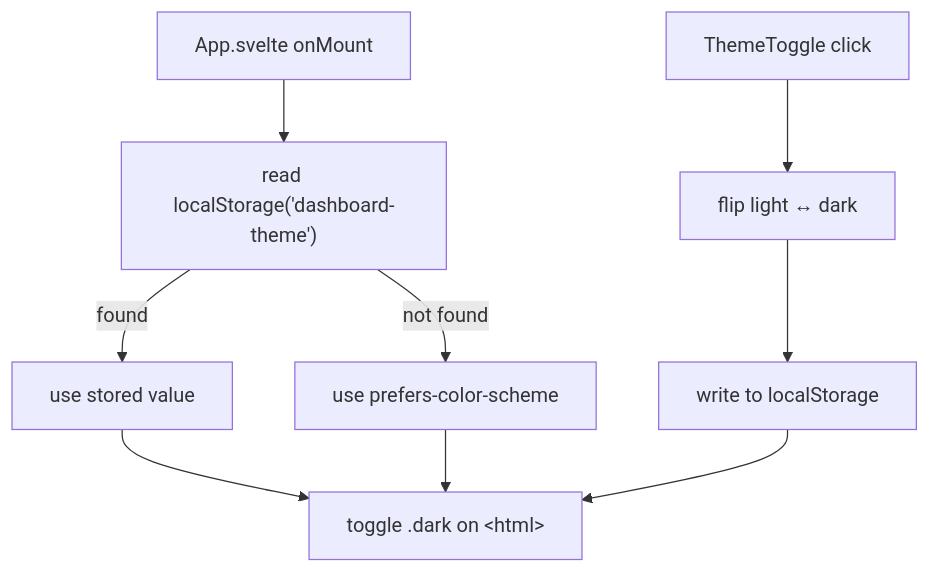
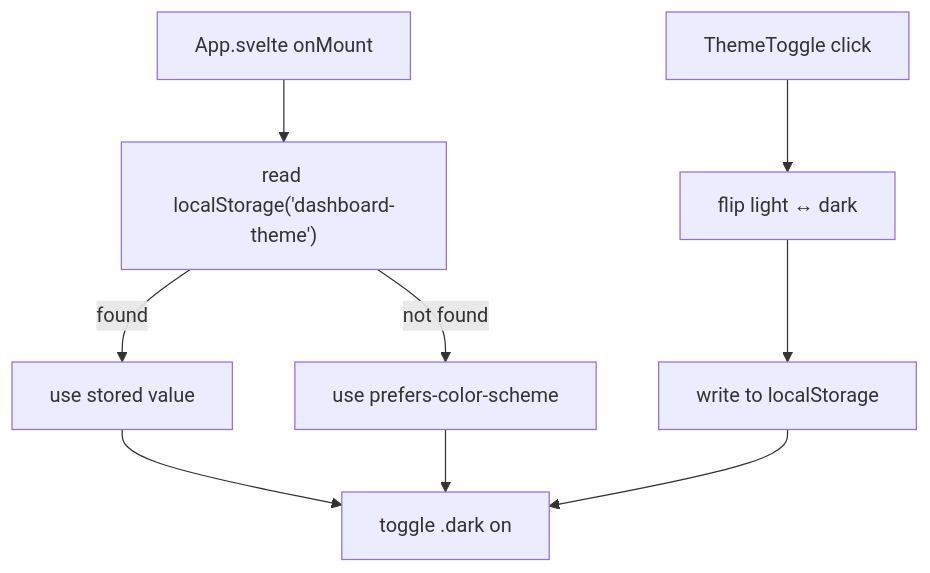
The third of 3 diagrams in docs/architecture/widget-lifecycle.md (gabrielLoff/dashboard), drawn with Mermaid before and after one commit. The commit also changed other lines of this file and 8 other files, not shown here.

````diff
--- a/docs/architecture/widget-lifecycle.md
+++ b/docs/architecture/widget-lifecycle.md
@@ -109,12 +154,12 @@
 ```mermaid
 flowchart TD
     Init["App.svelte onMount"] --> Read["read localStorage('dashboard-theme')"]
     Read -->|found| UseStored["use stored value"]
     Read -->|not found| UsePref["use prefers-color-scheme"]
-    UseStored --> Apply["toggle .dark on &lt;html&gt;"]
+    UseStored --> Apply["toggle .dark on <html>"]
     UsePref --> Apply
 
     Toggle["ThemeToggle click"] --> Flip["flip light ↔ dark"]
     Flip --> Save["write to localStorage"]
     Save --> Apply
 ```
````
